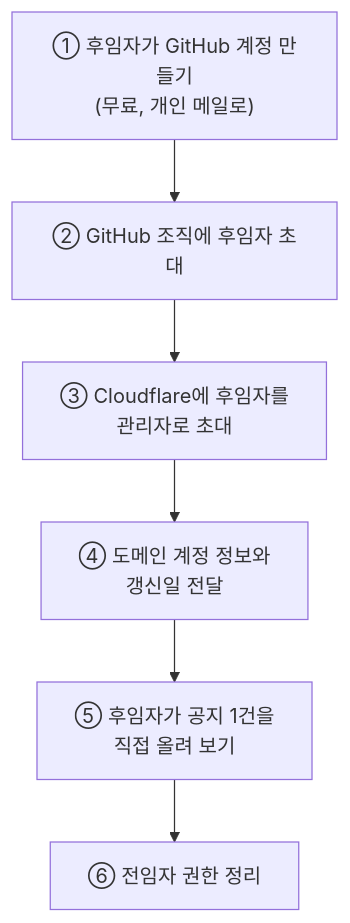
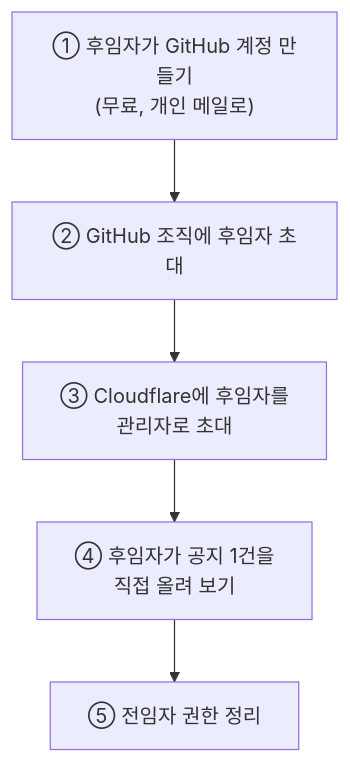
The fourth of 4 diagrams in docs/HANDOVER.md (entbslab/entbslab.github.io), drawn with Mermaid before and after one commit. The commit also changed other lines of this file and 2 other files, not shown here.

First line of the commit message:
가이드 PDF·인수인계 문서: 할 일 장(6장)과 도메인 관련 내용 제거

````diff
--- a/docs/HANDOVER.md
+++ b/docs/HANDOVER.md
@@ -129,10 +122,9 @@
 ```mermaid
 flowchart TD
   A["① 후임자가 GitHub 계정 만들기<br/>(무료, 개인 메일로)"]
   B["② GitHub 조직에 후임자 초대"]
   C["③ Cloudflare에 후임자를<br/>관리자로 초대"]
-  D["④ 도메인 계정 정보와<br/>갱신일 전달"]
-  E["⑤ 후임자가 공지 1건을<br/>직접 올려 보기"]
-  F["⑥ 전임자 권한 정리"]
-  A --> B --> C --> D --> E --> F
+  E["④ 후임자가 공지 1건을<br/>직접 올려 보기"]
+  F["⑤ 전임자 권한 정리"]
+  A --> B --> C --> E --> F
 ```
````
